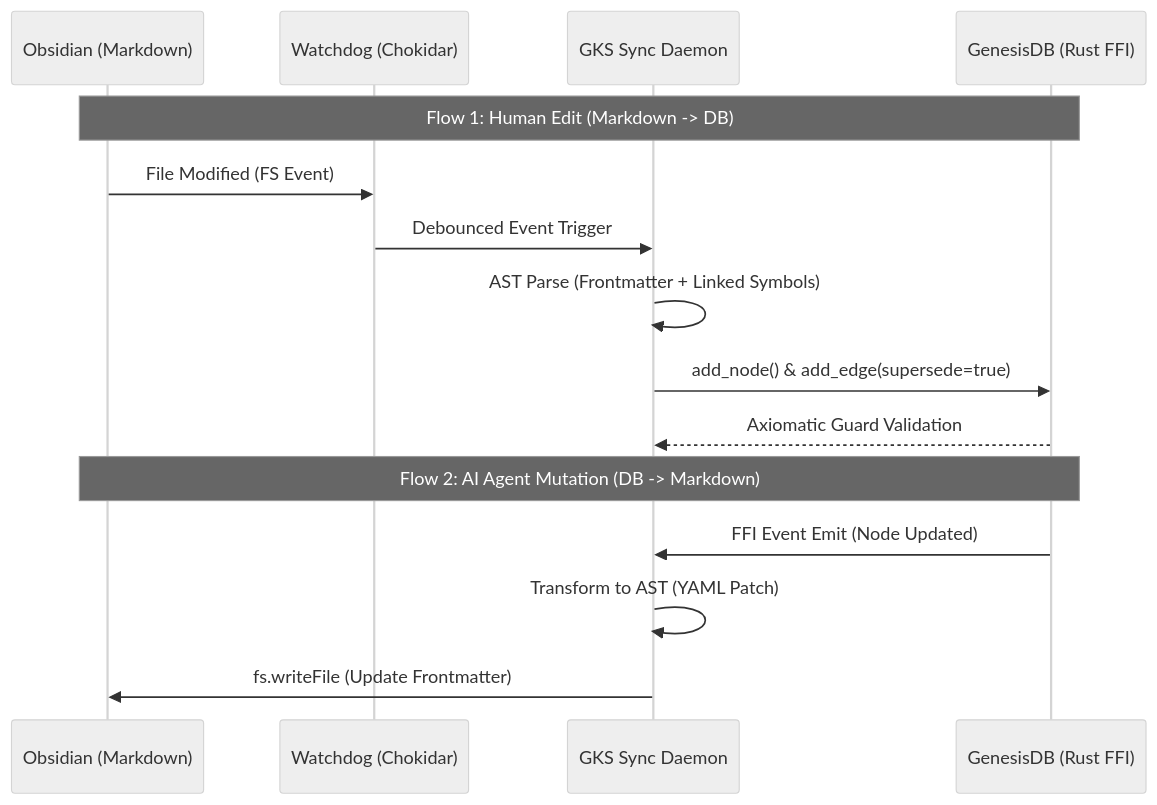
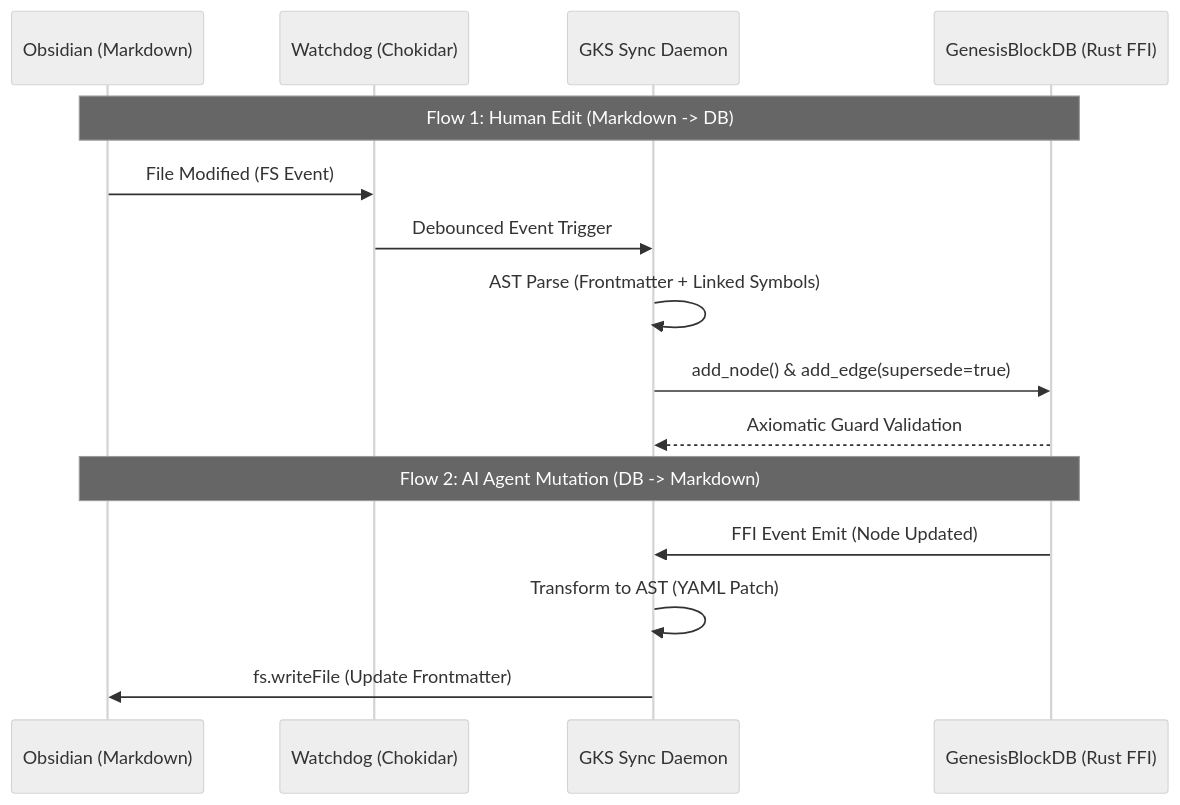
One commit to Freshair129/GenesisBlock changed the second of 2 diagrams in docs/EXPANSION-SPEC--GENESIS-DB.md. Above: the diagram before and after it, drawn with Mermaid (neutral theme). The commit also changed other lines of this file and 82 other files, not shown here.

First line of the commit message:
docs: rename GenesisDB -> GenesisBlockDB across repo

````diff
--- a/docs/EXPANSION-SPEC--GENESIS-DB.md
+++ b/docs/EXPANSION-SPEC--GENESIS-DB.md
@@ -250,19 +250,19 @@
 ```mermaid
 sequenceDiagram
     participant Obs as Obsidian (Markdown)
     participant WD as Watchdog (Chokidar)
     participant Sync as GKS Sync Daemon
-    participant GDB as GenesisDB (Rust FFI)
+    participant GDB as GenesisBlockDB (Rust FFI)
     
     Note over Obs, GDB: Flow 1: Human Edit (Markdown -> DB)
     Obs->>WD: File Modified (FS Event)
     WD->>Sync: Debounced Event Trigger
     Sync->>Sync: AST Parse (Frontmatter + Linked Symbols)
     Sync->>GDB: add_node() & add_edge(supersede=true)
     GDB-->>Sync: Axiomatic Guard Validation
     
     Note over Obs, GDB: Flow 2: AI Agent Mutation (DB -> Markdown)
     GDB->>Sync: FFI Event Emit (Node Updated)
     Sync->>Sync: Transform to AST (YAML Patch)
     Sync->>Obs: fs.writeFile (Update Frontmatter)
 ```
````
